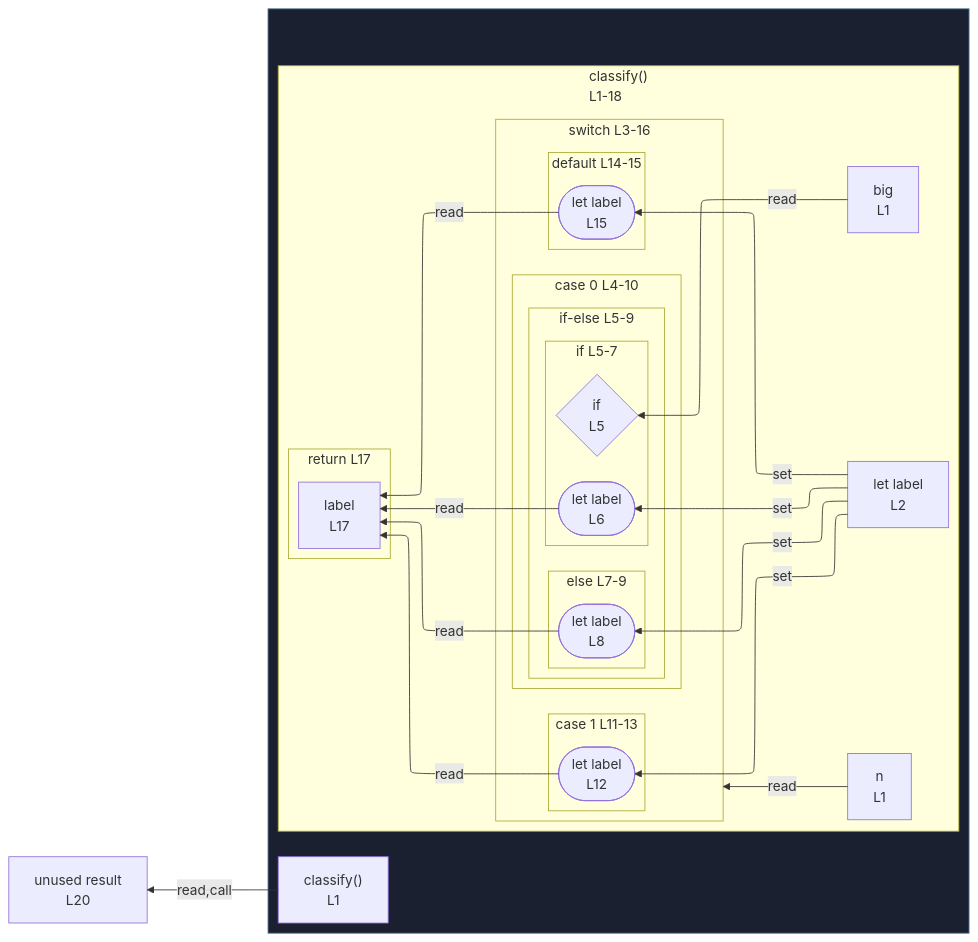
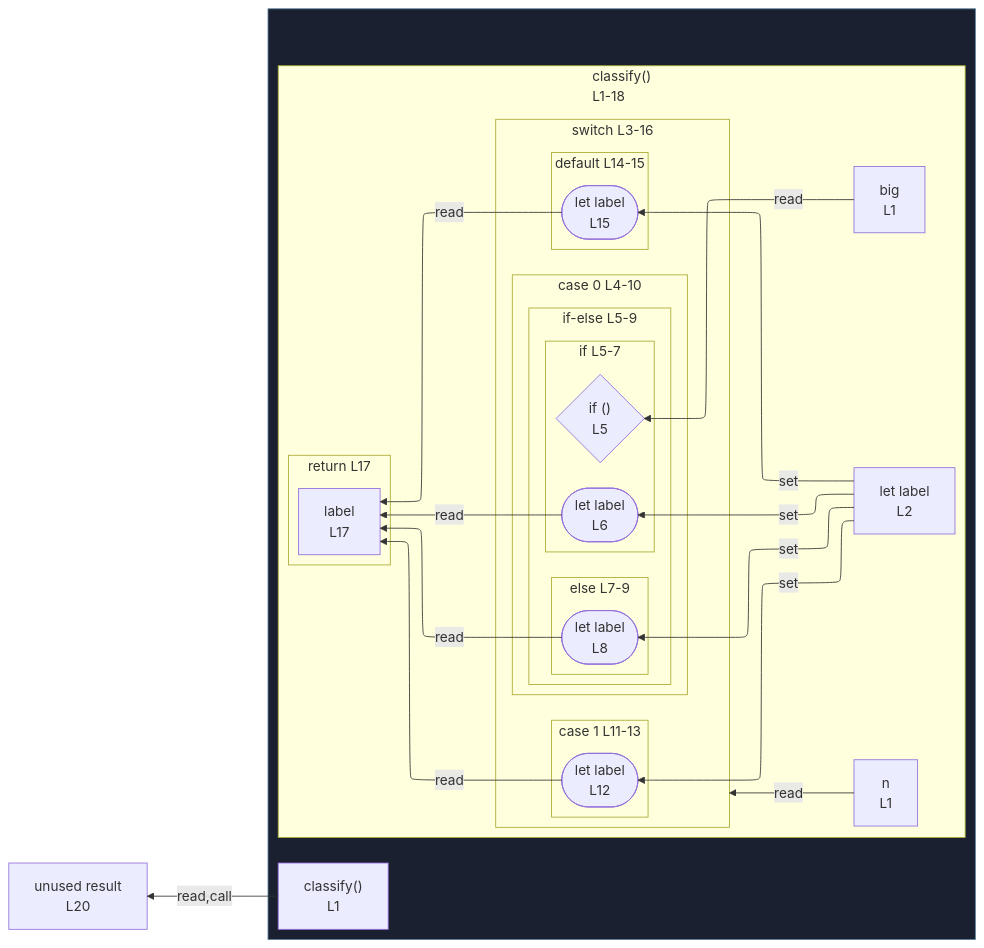
Before and after one commit to crescware/unsnarl: the diagram in integration/fixtures/control-switch-with-inner-if/preview.md, drawn with Mermaid. The commit also changed 20 other files, not shown here.

First line of the commit message:
Format loop / if test anchors as `if ()` / `while ()` / etc. in Mermaid

````diff
--- a/integration/fixtures/control-switch-with-inner-if/preview.md
+++ b/integration/fixtures/control-switch-with-inner-if/preview.md
@@ -30,58 +30,58 @@
 ```mermaid
 %%{init: {"flowchart": {"defaultRenderer": "elk"}}}%%
 flowchart RL
   n_scope_0_result_307["unused result<br/>L20"]
   subgraph wrap_s_scope_1[" "]
     direction TB
     n_scope_0_classify_9["classify()<br/>L1"]
     subgraph s_scope_1["classify()<br/>L1-18"]
       direction RL
       n_scope_1_n_18["n<br/>L1"]
       n_scope_1_big_29["big<br/>L1"]
       n_scope_1_label_51["let label<br/>L2"]
       subgraph s_scope_2["switch L3-16"]
         direction RL
         subgraph s_scope_3["case 0 L4-10"]
           direction RL
           subgraph cont_if_scope_3_91["if-else L5-9"]
             direction RL
             subgraph s_scope_4["if L5-7"]
               direction RL
-              if_test_scope_3_91{"if<br/>L5"}
+              if_test_scope_3_91{"if ()<br/>L5"}
               wr_ref_2(["let label<br/>L6"])
             end
             subgraph s_scope_5["else L7-9"]
               direction RL
               wr_ref_3(["let label<br/>L8"])
             end
           end
         end
         subgraph s_scope_6["case 1 L11-13"]
           direction RL
           wr_ref_4(["let label<br/>L12"])
         end
         subgraph s_scope_7["default L14-15"]
           direction RL
           wr_ref_5(["let label<br/>L15"])
         end
       end
       subgraph s_return_scope_0_classify_9_284_297["return L17"]
         direction RL
         ret_use_ref_6["label<br/>L17"]
       end
     end
   end
   n_scope_1_label_51 -->|set| wr_ref_2
   n_scope_1_label_51 -->|set| wr_ref_3
   n_scope_1_label_51 -->|set| wr_ref_4
   n_scope_1_label_51 -->|set| wr_ref_5
   n_scope_1_n_18 -->|read| s_scope_2
   n_scope_1_big_29 -->|read| if_test_scope_3_91
   wr_ref_2 -->|read| ret_use_ref_6
   wr_ref_3 -->|read| ret_use_ref_6
   wr_ref_4 -->|read| ret_use_ref_6
   wr_ref_5 -->|read| ret_use_ref_6
   n_scope_0_classify_9 -->|read,call| n_scope_0_result_307
   classDef fnWrap fill:#1a2030,stroke:#5a7d99;
   class wrap_s_scope_1 fnWrap;
 ```
````
